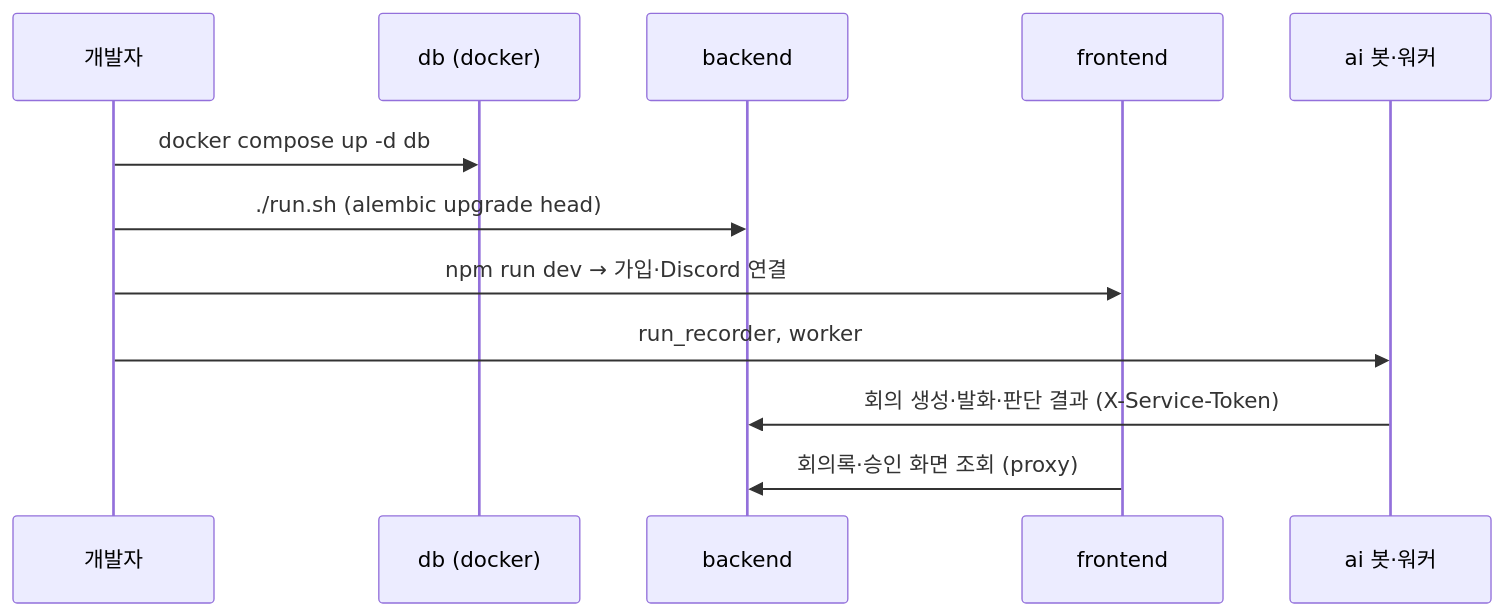
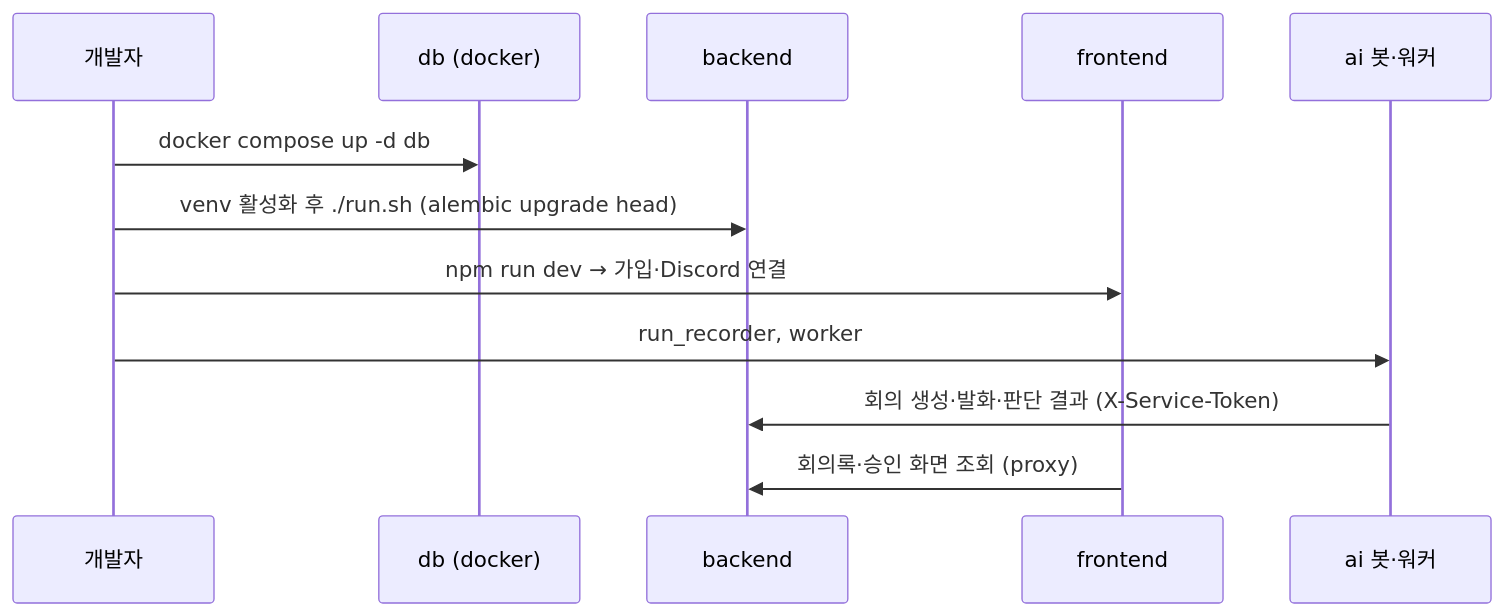
Before and after one commit to kakaotechcampus-4/ktc4-kyungpook-3: the second of 2 diagrams in docs/dev/local-setup.md, drawn with Mermaid. The commit also changed other lines of this file, not shown here.

Commit message:
docs: 리뷰 반영 - 로컬 실행에 venv 활성화 단계 추가 (#609)

````diff
--- a/docs/dev/local-setup.md
+++ b/docs/dev/local-setup.md
@@ -96,14 +97,14 @@
 ```mermaid
 sequenceDiagram
   participant Dev as 개발자
   participant DB as db (docker)
   participant BE as backend
   participant FE as frontend
   participant AI as ai 봇·워커
   Dev->>DB: docker compose up -d db
-  Dev->>BE: ./run.sh (alembic upgrade head)
+  Dev->>BE: venv 활성화 후 ./run.sh (alembic upgrade head)
   Dev->>FE: npm run dev → 가입·Discord 연결
   Dev->>AI: run_recorder, worker
   AI->>BE: 회의 생성·발화·판단 결과 (X-Service-Token)
   FE->>BE: 회의록·승인 화면 조회 (proxy)
 ```
````
